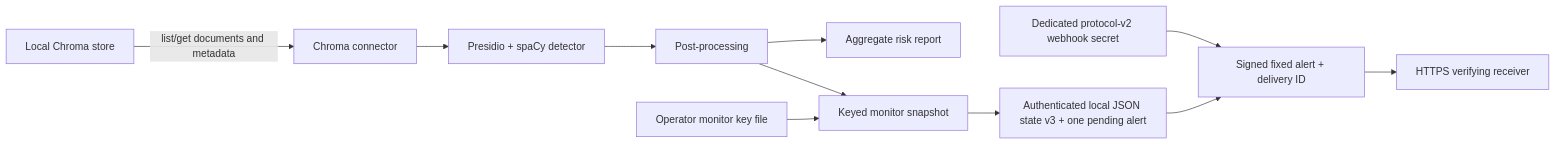
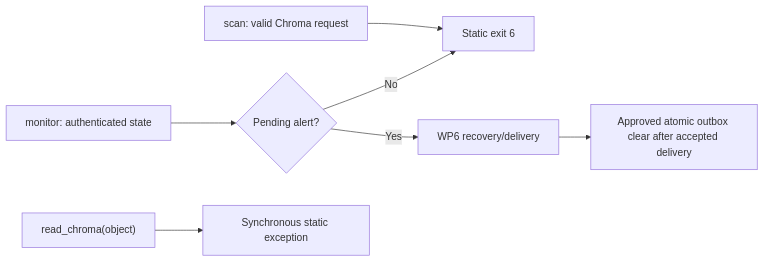
Before and after one commit to Agenvana/RAGLeakGuard: the diagram in docs/ARCHITECTURE.md, drawn with Mermaid. The commit also changed other lines of this file and 19 other files, not shown here.

````diff
--- a/docs/ARCHITECTURE.md
+++ b/docs/ARCHITECTURE.md
@@ -14,13 +13,9 @@
 ```mermaid
 flowchart LR
-    A["Local Chroma store"] -->|"list/get documents and metadata"| B["Chroma connector"]
-    B --> C["Presidio + spaCy detector"]
-    C --> D["Post-processing"]
-    D --> E["Aggregate risk report"]
-    D --> F["Keyed monitor snapshot"]
-    I["Operator monitor key file"] --> F
-    F --> G["Authenticated local JSON state v3 + one pending alert"]
-    J["Dedicated protocol-v2 webhook secret"] --> H["Signed fixed alert + delivery ID"]
-    G --> H
-    H --> K["HTTPS verifying receiver"]
+    A["scan: valid Chroma request"] --> B["Static exit 6"]
+    C["monitor: authenticated state"] --> D{"Pending alert?"}
+    D -->|"No"| B
+    D -->|"Yes"| E["WP6 recovery/delivery"]
+    E --> F["Approved atomic outbox clear after accepted delivery"]
+    G["read_chroma(object)"] --> H["Synchronous static exception"]
 ```
````
